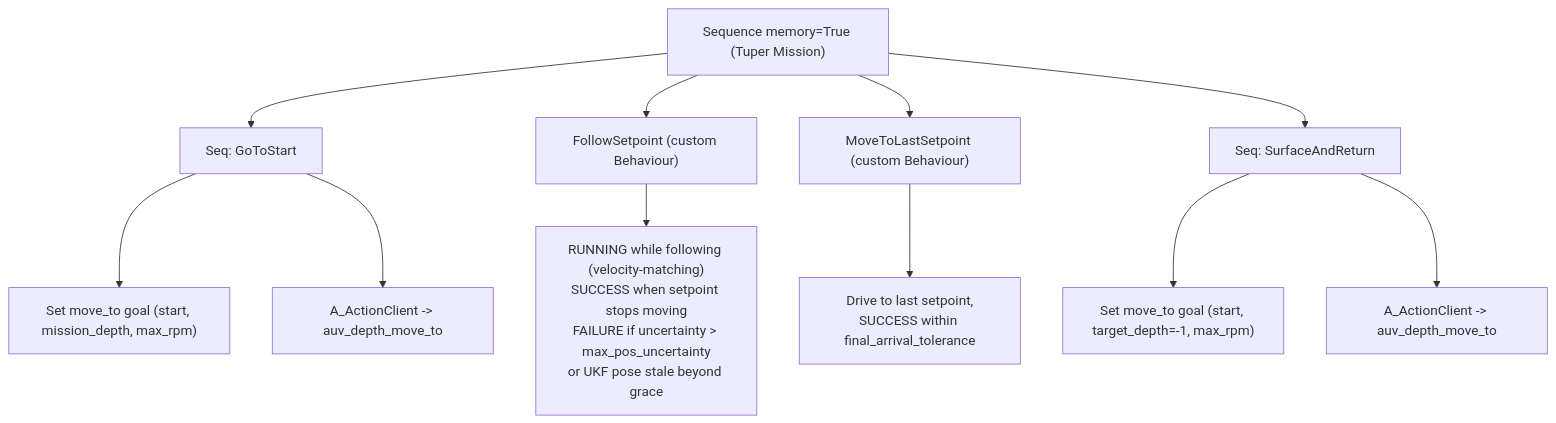
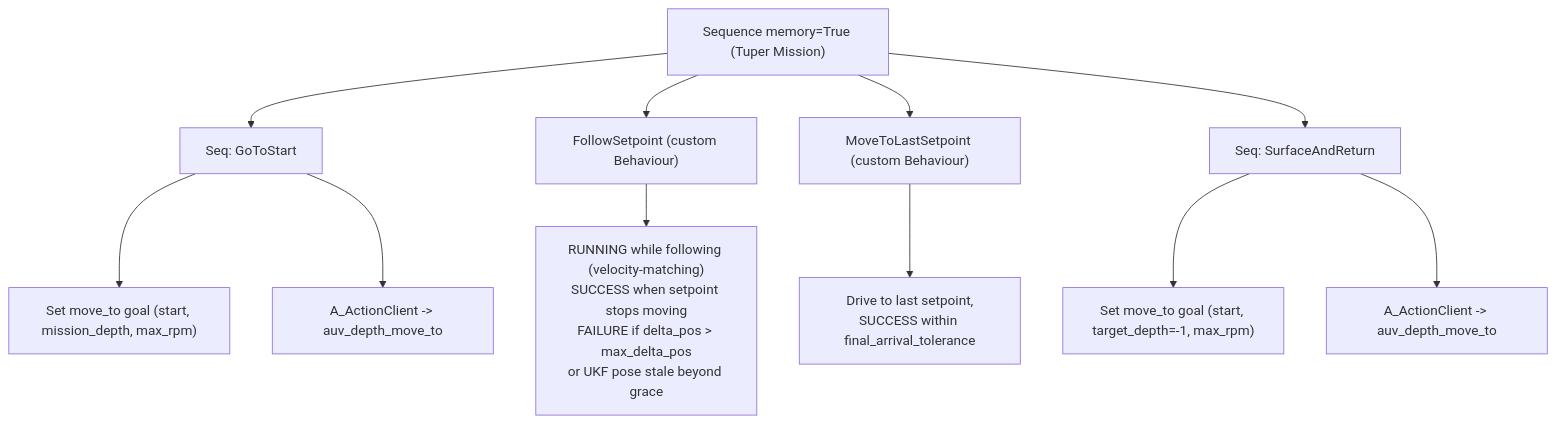
Before and after one commit to smarc-project/smarc2: the diagram in behaviours/lolo/lolo_tuper/README.md, drawn with Mermaid. The commit also changed other lines of this file and 6 other files, not shown here.

````diff
--- a/behaviours/lolo/lolo_tuper/README.md
+++ b/behaviours/lolo/lolo_tuper/README.md
@@ -19,17 +19,17 @@
 ```mermaid
 flowchart TD
     root["Sequence memory=True (Tuper Mission)"] --> goStart["Seq: GoToStart"]
     root --> follow["FollowSetpoint (custom Behaviour)"]
     root --> moveLast["MoveToLastSetpoint (custom Behaviour)"]
     root --> surfRet["Seq: SurfaceAndReturn"]
 
     goStart --> g1["Set move_to goal (start, mission_depth, max_rpm)"]
     goStart --> g2["A_ActionClient -> auv_depth_move_to"]
 
-    follow --> fNote["RUNNING while following (velocity-matching)<br/>SUCCESS when setpoint stops moving<br/>FAILURE if uncertainty > max_pos_uncertainty<br/>or UKF pose stale beyond grace"]
+    follow --> fNote["RUNNING while following (velocity-matching)<br/>SUCCESS when setpoint stops moving<br/>FAILURE if delta_pos > max_delta_pos<br/>or UKF pose stale beyond grace"]
 
     moveLast --> mNote["Drive to last setpoint,<br/>SUCCESS within final_arrival_tolerance"]
 
     surfRet --> s1["Set move_to goal (start, target_depth=-1, max_rpm)"]
     surfRet --> s2["A_ActionClient -> auv_depth_move_to"]
 ```
````
